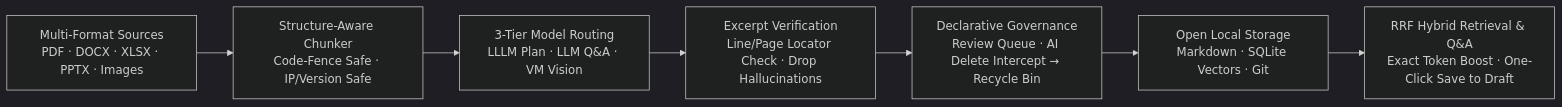
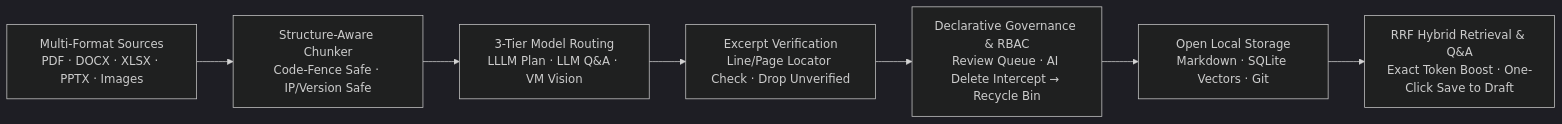
Before and after one commit to JoeJiang-927117/Super-Knowledge-Base: the diagram in README.md, drawn with Mermaid (dark theme). The commit also changed other lines of this file and 21 other files, not shown here.

````diff
--- a/README.md
+++ b/README.md
@@ -117,9 +115,9 @@
 ```mermaid
 flowchart LR
     A["Multi-Format Sources<br/>PDF · DOCX · XLSX · PPTX · Images"] --> B["Structure-Aware Chunker<br/>Code-Fence Safe · IP/Version Safe"]
     B --> C["3-Tier Model Routing<br/>LLLM Plan · LLM Q&A · VM Vision"]
-    C --> D["Excerpt Verification<br/>Line/Page Locator Check · Drop Hallucinations"]
-    D --> E["Declarative Governance<br/>Review Queue · AI Delete Intercept → Recycle Bin"]
+    C --> D["Excerpt Verification<br/>Line/Page Locator Check · Drop Unverified"]
+    D --> E["Declarative Governance & RBAC<br/>Review Queue · AI Delete Intercept → Recycle Bin"]
     E --> F["Open Local Storage<br/>Markdown · SQLite Vectors · Git"]
     F --> G["RRF Hybrid Retrieval & Q&A<br/>Exact Token Boost · One-Click Save to Draft"]
 ```
````
